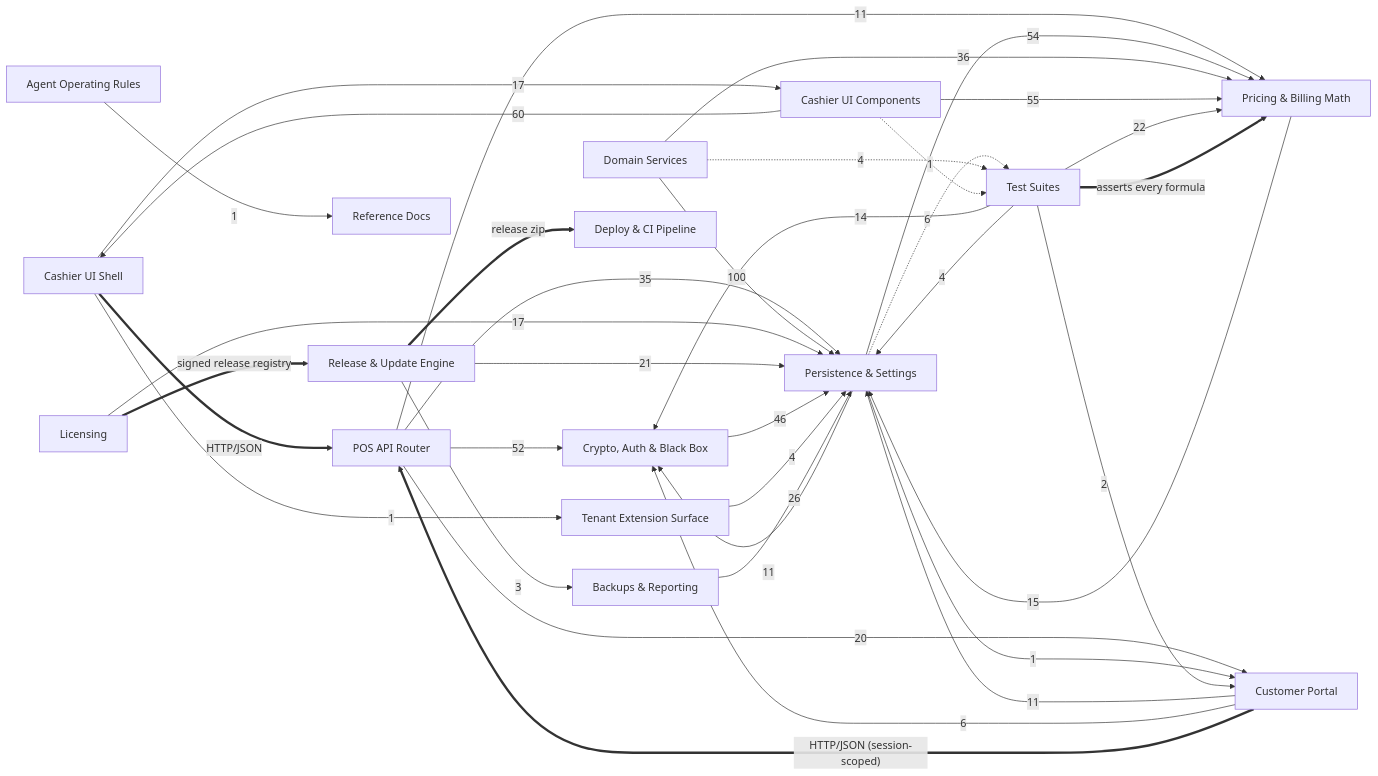
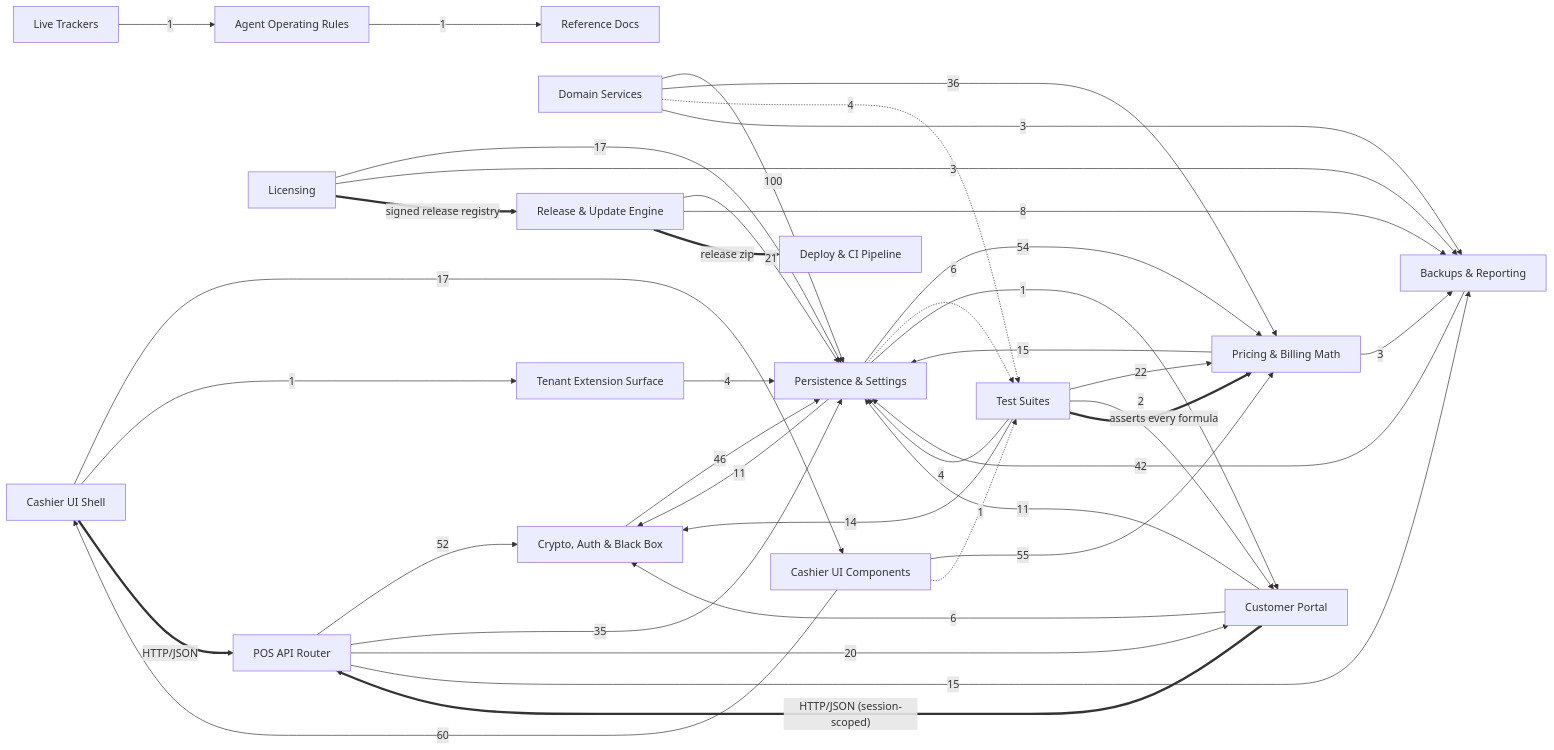
Before and after one commit to Vishalnayak226/gold_pos: the second of 2 diagrams in docs/brain/BRAIN.md, drawn with Mermaid. The commit also changed other lines of this file and 18 other files, not shown here.

````diff
--- a/docs/brain/BRAIN.md
+++ b/docs/brain/BRAIN.md
@@ -94,54 +94,59 @@
 ```mermaid
 flowchart LR
   pos_api["POS API Router"]
   security["Crypto, Auth & Black Box"]
   persistence["Persistence & Settings"]
   customer_portal["Customer Portal"]
+  maintenance["Backups & Reporting"]
   pricing["Pricing & Billing Math"]
   tests["Test Suites"]
   domain_services["Domain Services"]
   pos_ui["Cashier UI Shell"]
   pos_components["Cashier UI Components"]
   extensions["Tenant Extension Surface"]
   licensing["Licensing"]
   updates["Release & Update Engine"]
-  maintenance["Backups & Reporting"]
+  trackers["Live Trackers"]
   agent_config["Agent Operating Rules"]
   reference["Reference Docs"]
   deploy["Deploy & CI Pipeline"]
   pos_api -->|"52"| security
   pos_api -->|"35"| persistence
   pos_api -->|"20"| customer_portal
-  pos_api -->|"11"| pricing
+  pos_api -->|"15"| maintenance
   persistence -->|"54"| pricing
   persistence -->|"11"| security
   persistence -.->|"6"| tests
   persistence -->|"1"| customer_portal
   domain_services -->|"100"| persistence
   domain_services -->|"36"| pricing
   domain_services -.->|"4"| tests
+  domain_services -->|"3"| maintenance
   pricing -->|"15"| persistence
+  pricing -->|"3"| maintenance
   pos_ui -->|"17"| pos_components
   pos_ui -->|"1"| extensions
   pos_components -->|"60"| pos_ui
   pos_components -->|"55"| pricing
   pos_components -.->|"1"| tests
   customer_portal -->|"11"| persistence
   customer_portal -->|"6"| security
   licensing -->|"17"| persistence
+  licensing -->|"3"| maintenance
   updates -->|"21"| persistence
-  updates -->|"3"| maintenance
+  updates -->|"8"| maintenance
   security -->|"46"| persistence
   extensions -->|"4"| persistence
-  maintenance -->|"26"| persistence
+  maintenance -->|"42"| persistence
   tests -->|"22"| pricing
   tests -->|"14"| security
   tests -->|"4"| persistence
   tests -->|"2"| customer_portal
+  trackers -->|"1"| agent_config
   agent_config -->|"1"| reference
   pos_ui ==>|"HTTP/JSON"| pos_api
   customer_portal ==>|"HTTP/JSON (session-scoped)"| pos_api
   licensing ==>|"signed release registry"| updates
   updates ==>|"release zip"| deploy
   tests ==>|"asserts every formula"| pricing
 ```
````
